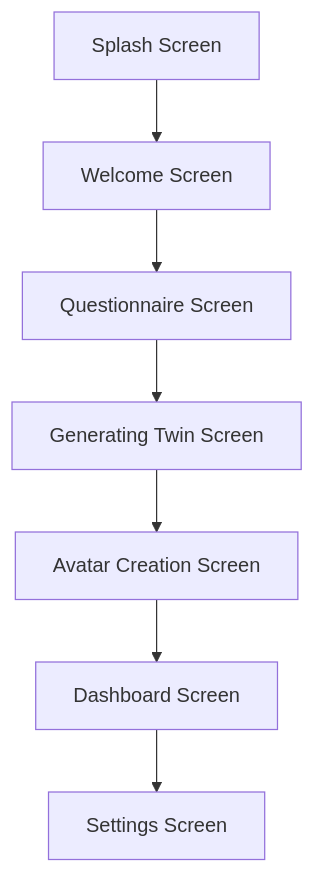
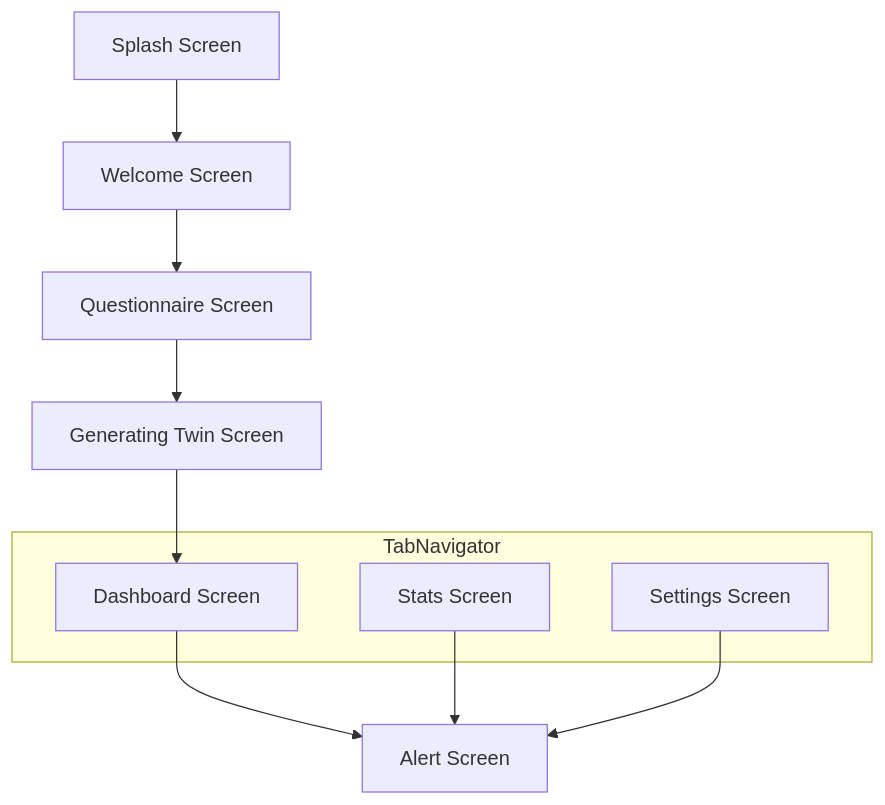
One commit to atan0168/mirrox changed the fourth of 9 diagrams in docs/ARCHITECTURE.md. Above: the diagram before and after it, drawn with Mermaid. The commit also changed other lines of this file and 9 other files, not shown here.

````diff
--- a/docs/ARCHITECTURE.md
+++ b/docs/ARCHITECTURE.md
@@ -127,10 +148,18 @@
 ```mermaid
 graph TD
     A[Splash Screen] --> B[Welcome Screen]
     B --> C[Questionnaire Screen]
     C --> D[Generating Twin Screen]
-    D --> E[Avatar Creation Screen]
-    E --> F[Dashboard Screen]
 
-    F --> G[Settings Screen]
+    subgraph "TabNavigator"
+        E[Dashboard Screen]
+        F[Stats Screen]
+        G[Settings Screen]
+    end
+
+    D --> E
+
+    E --> H[Alert Screen]
+    F --> H
+    G --> H
 ```
````
